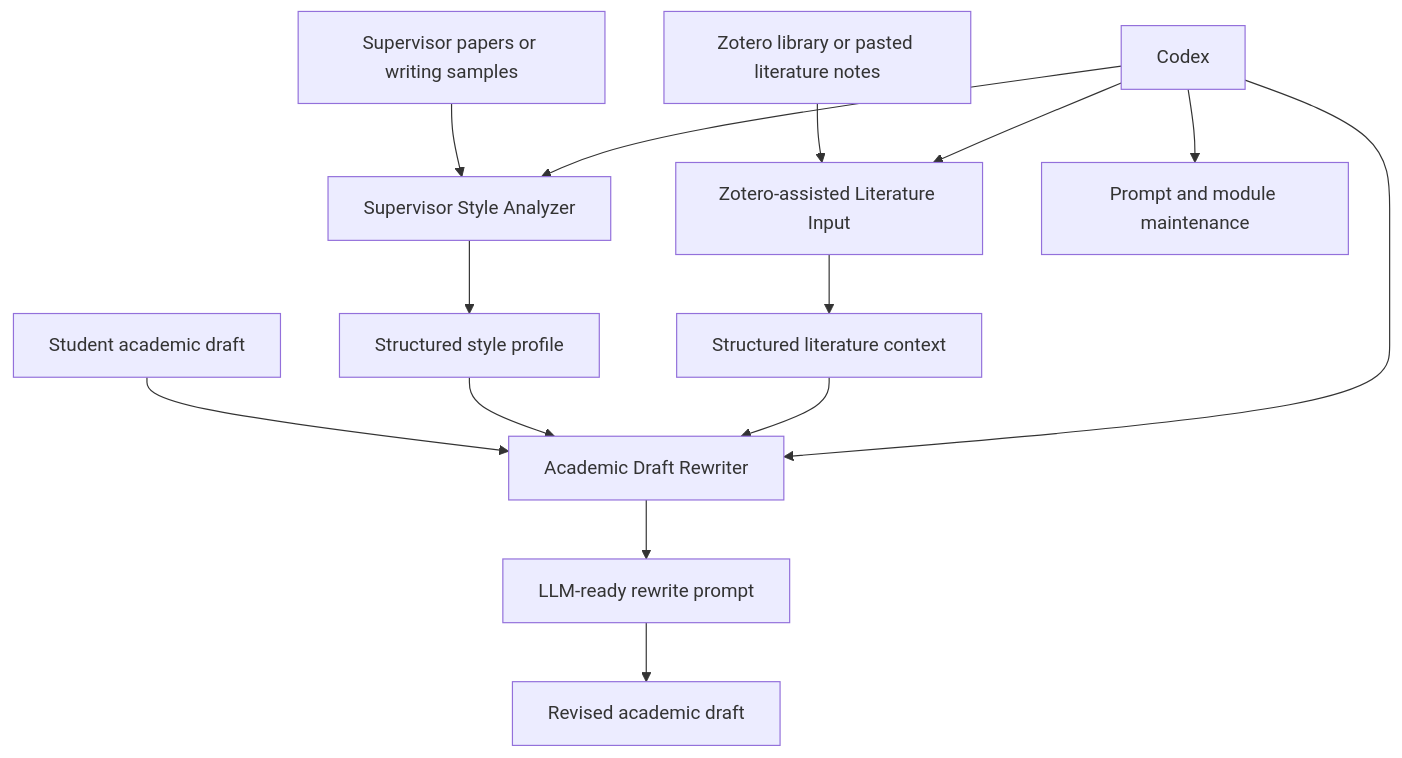
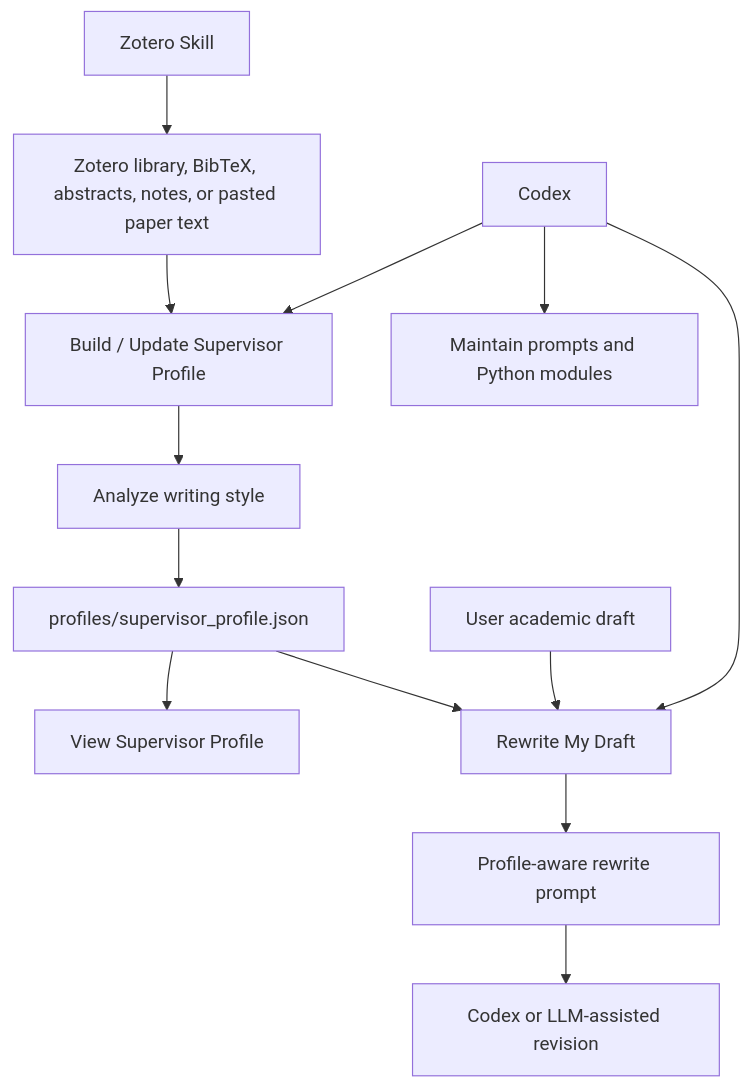
One commit to CHF-hayden/advisor-style-agent changed the first of 2 diagrams in README.md. Above: the diagram before and after it, drawn with Mermaid. The commit also changed other lines of this file and 7 other files, not shown here.

````diff
--- a/README.md
+++ b/README.md
@@ -42,20 +52,18 @@
 ```mermaid
 flowchart TD
-    A["Supervisor papers or writing samples"] --> B["Supervisor Style Analyzer"]
-    B --> C["Structured style profile"]
+    A["Zotero library, BibTeX, abstracts, notes, or pasted paper text"] --> B["Build / Update Supervisor Profile"]
+    B --> C["Analyze writing style"]
+    C --> D["profiles/supervisor_profile.json"]
 
-    D["Student academic draft"] --> E["Academic Draft Rewriter"]
-    C --> E
+    D --> E["View Supervisor Profile"]
+    D --> F["Rewrite My Draft"]
 
-    F["Zotero library or pasted literature notes"] --> G["Zotero-assisted Literature Input"]
-    G --> H["Structured literature context"]
-    H --> E
+    G["User academic draft"] --> F
+    F --> H["Profile-aware rewrite prompt"]
+    H --> I["Codex or LLM-assisted revision"]
 
-    E --> I["LLM-ready rewrite prompt"]
-    I --> J["Revised academic draft"]
-
+    J["Zotero Skill"] --> A
     K["Codex"] --> B
-    K --> E
-    K --> G
-    K --> L["Prompt and module maintenance"]
+    K --> F
+    K --> L["Maintain prompts and Python modules"]
 ```
````
